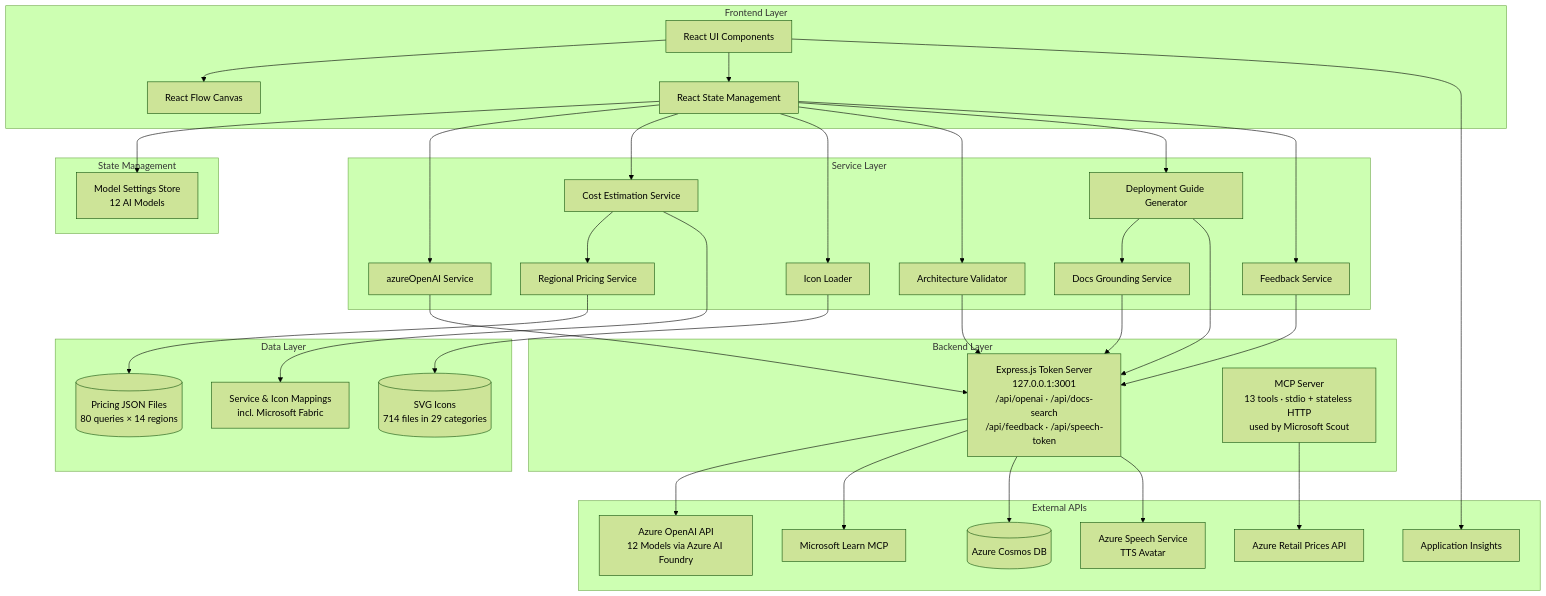
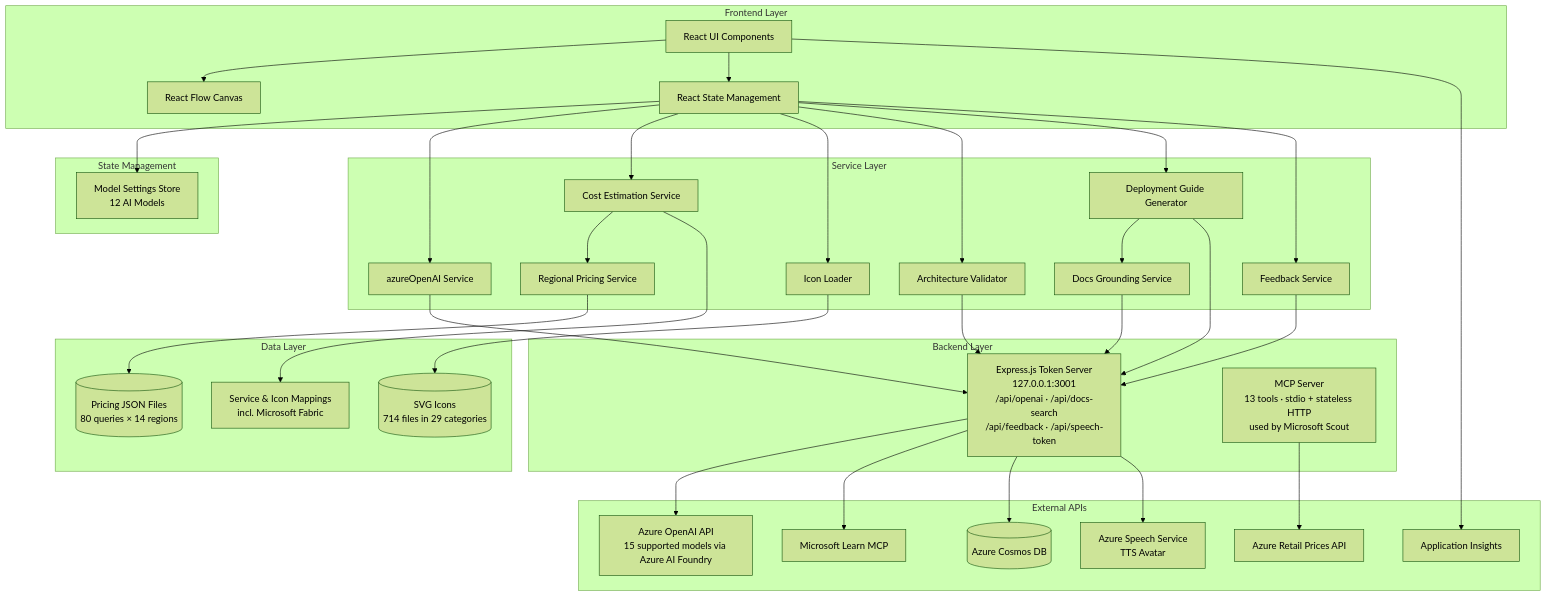
Before and after one commit to Arturo-Quiroga-MSFT/azure-architecture-diagram-builder: the first of 5 diagrams in DOCS/ARCHITECTURE.md, drawn with Mermaid (forest theme). The commit also changed other lines of this file and 16 other files, not shown here.

````diff
--- a/DOCS/ARCHITECTURE.md
+++ b/DOCS/ARCHITECTURE.md
@@ -15,69 +15,69 @@
 ```mermaid
 graph TB
     subgraph "Frontend Layer"
         UI[React UI Components]
         RF[React Flow Canvas]
         State[React State Management]
     end
 
     subgraph "Service Layer"
         AI[azureOpenAI Service]
         Pricing[Cost Estimation Service]
         Regional[Regional Pricing Service]
         Icons[Icon Loader]
         Validator[Architecture Validator]
         DeployGen[Deployment Guide Generator]
         DocsGround[Docs Grounding Service]
         Feedback[Feedback Service]
     end
 
     subgraph "State Management"
         ModelStore[Model Settings Store<br/>12 AI Models]
     end
 
     subgraph "Data Layer"
         PricingData[(Pricing JSON Files<br/>80 queries × 14 regions)]
         IconData[(SVG Icons<br/>714 files in 29 categories)]
         Mappings[Service & Icon Mappings<br/>incl. Microsoft Fabric]
     end
 
     subgraph "Backend Layer"
         TokenServer[Express.js Token Server<br/>127.0.0.1:3001<br/>/api/openai · /api/docs-search<br/>/api/feedback · /api/speech-token]
         MCP[MCP Server<br/>13 tools · stdio + stateless HTTP<br/>used by Microsoft Scout]
     end
 
     subgraph "External APIs"
-        OpenAI[Azure OpenAI API<br/>12 Models via Azure AI Foundry]
+        OpenAI[Azure OpenAI API<br/>15 supported models via Azure AI Foundry]
         LearnMCP[Microsoft Learn MCP]
         AzureAPI[Azure Retail Prices API]
         Cosmos[(Azure Cosmos DB)]
         AppInsightsAPI[Application Insights]
         SpeechAPI[Azure Speech Service<br/>TTS Avatar]
     end
 
     UI --> RF
     UI --> State
     State --> ModelStore
     State --> AI
     State --> Pricing
     State --> Icons
     State --> Validator
     State --> DeployGen
     State --> Feedback
     DeployGen --> DocsGround
     AI --> TokenServer
     Validator --> TokenServer
     DeployGen --> TokenServer
     DocsGround --> TokenServer
     Feedback --> TokenServer
     Pricing --> Regional
     Regional --> PricingData
     Icons --> IconData
     Pricing --> Mappings
     TokenServer --> OpenAI
     TokenServer --> LearnMCP
     TokenServer --> Cosmos
     TokenServer --> SpeechAPI
     UI --> AppInsightsAPI
     MCP --> AzureAPI
 ```
````
